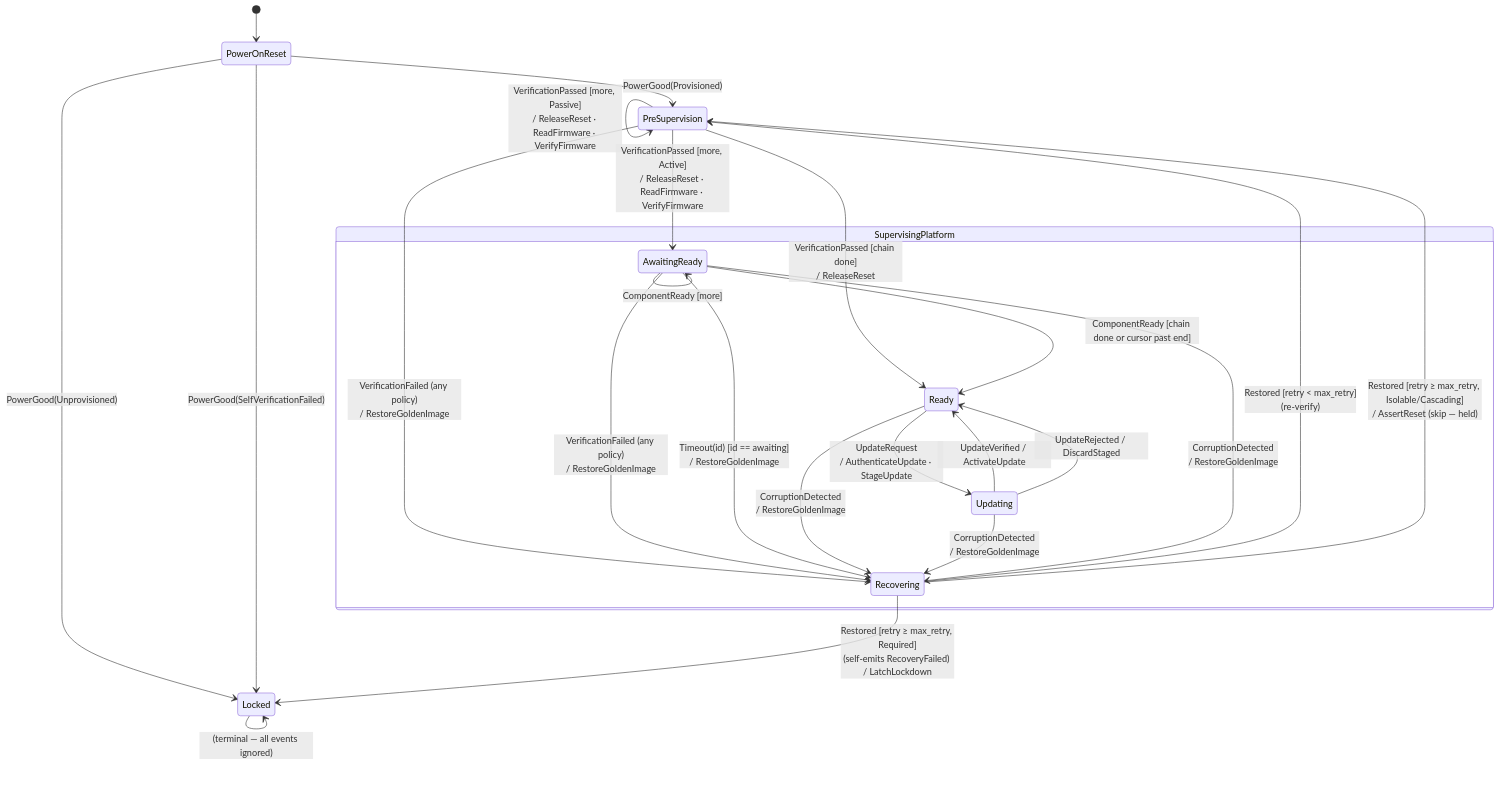
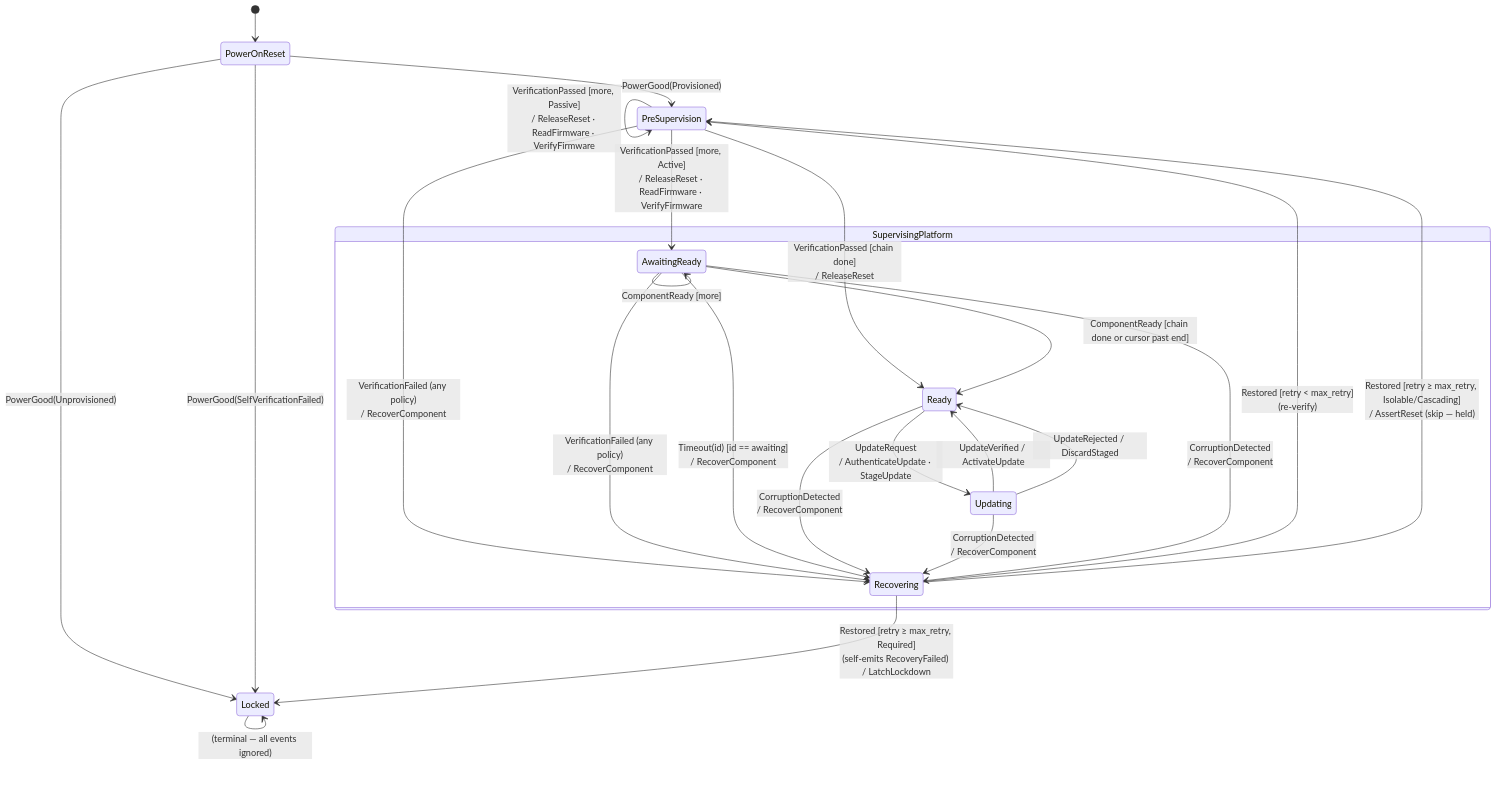
One commit to rusty1968/openprot changed the diagram in docs/src/design/orchestrator/orchestrator-machine.md. Above: the diagram before and after it, drawn with Mermaid. The commit also changed other lines of this file and 1 other file, not shown here.

Commit message:
docs: correct stale RestoreGoldenImage effect name to RecoverComponent

````diff
--- a/docs/src/design/orchestrator/orchestrator-machine.md
+++ b/docs/src/design/orchestrator/orchestrator-machine.md
@@ -7,33 +7,33 @@
 ```mermaid
 stateDiagram-v2
     [*] --> PowerOnReset
 
     PowerOnReset --> PreSupervision : PowerGood(Provisioned)
     PowerOnReset --> Locked             : PowerGood(Unprovisioned)
     PowerOnReset --> Locked             : PowerGood(SelfVerificationFailed)
 
     PreSupervision --> PreSupervision : VerificationPassed [more, Passive]<br/>/ ReleaseReset · ReadFirmware · VerifyFirmware
     PreSupervision --> AwaitingReady     : VerificationPassed [more, Active]<br/>/ ReleaseReset · ReadFirmware · VerifyFirmware
     PreSupervision --> Ready             : VerificationPassed [chain done]<br/>/ ReleaseReset
-    PreSupervision --> Recovering        : VerificationFailed (any policy)<br/>/ RestoreGoldenImage
+    PreSupervision --> Recovering        : VerificationFailed (any policy)<br/>/ RecoverComponent
 
     AwaitingReady --> AwaitingReady : VerificationPassed [more]<br/>/ ReleaseReset · ReadFirmware · VerifyFirmware
     AwaitingReady --> Ready         : ComponentReady [chain done or cursor past end]
     AwaitingReady --> AwaitingReady : ComponentReady [more]
-    AwaitingReady --> Recovering    : VerificationFailed (any policy)<br/>/ RestoreGoldenImage
-    AwaitingReady --> Recovering    : Timeout(id) [id == awaiting]<br/>/ RestoreGoldenImage
+    AwaitingReady --> Recovering    : VerificationFailed (any policy)<br/>/ RecoverComponent
+    AwaitingReady --> Recovering    : Timeout(id) [id == awaiting]<br/>/ RecoverComponent
 
     state SupervisingPlatform {
         Ready         --> Updating      : UpdateRequest<br/>/ AuthenticateUpdate · StageUpdate
         Updating      --> Ready         : UpdateVerified / ActivateUpdate
         Updating      --> Ready         : UpdateRejected / DiscardStaged
-        Ready         --> Recovering    : CorruptionDetected<br/>/ RestoreGoldenImage
-        Updating      --> Recovering    : CorruptionDetected<br/>/ RestoreGoldenImage
-        AwaitingReady --> Recovering    : CorruptionDetected<br/>/ RestoreGoldenImage
+        Ready         --> Recovering    : CorruptionDetected<br/>/ RecoverComponent
+        Updating      --> Recovering    : CorruptionDetected<br/>/ RecoverComponent
+        AwaitingReady --> Recovering    : CorruptionDetected<br/>/ RecoverComponent
     }
 
     Recovering --> PreSupervision : Restored [retry < max_retry]<br/>(re-verify)
     Recovering --> PreSupervision : Restored [retry ≥ max_retry, Isolable/Cascading]<br/>/ AssertReset (skip — held)
     Recovering --> Locked    : Restored [retry ≥ max_retry, Required]<br/>(self-emits RecoveryFailed) / LatchLockdown
     Locked     --> Locked    : (terminal — all events ignored)
 ```
````
